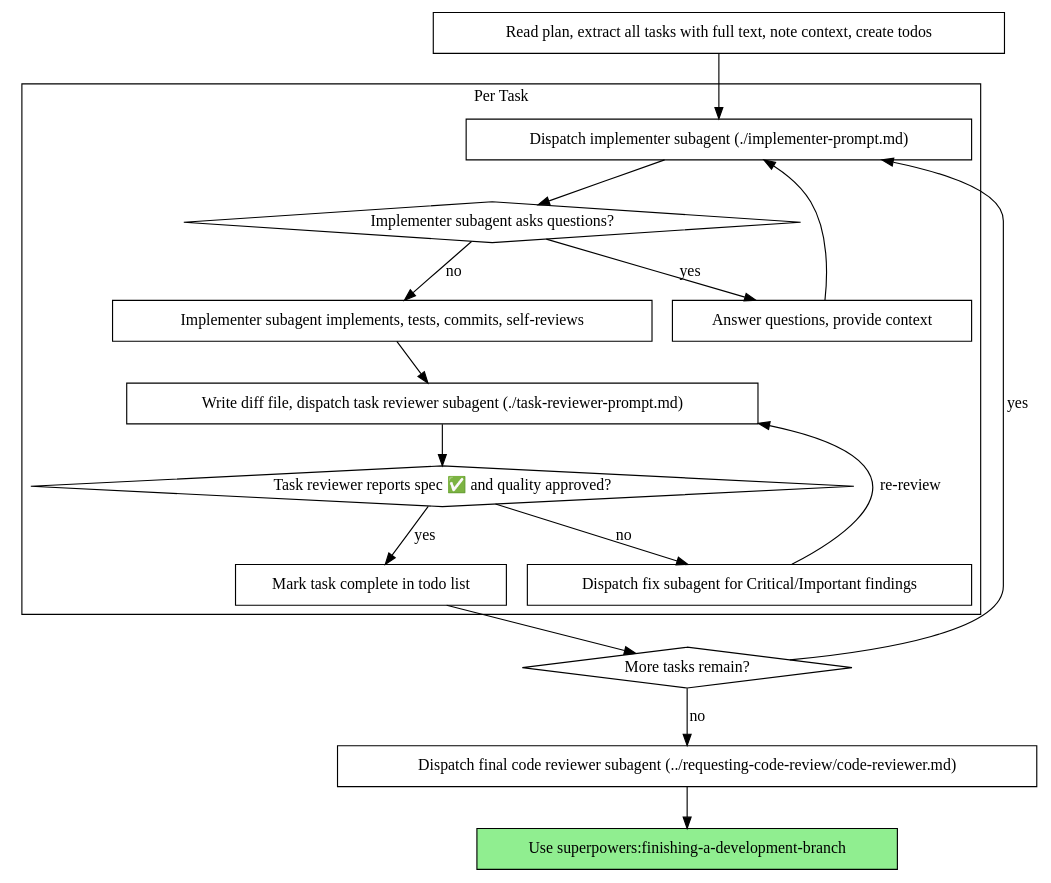
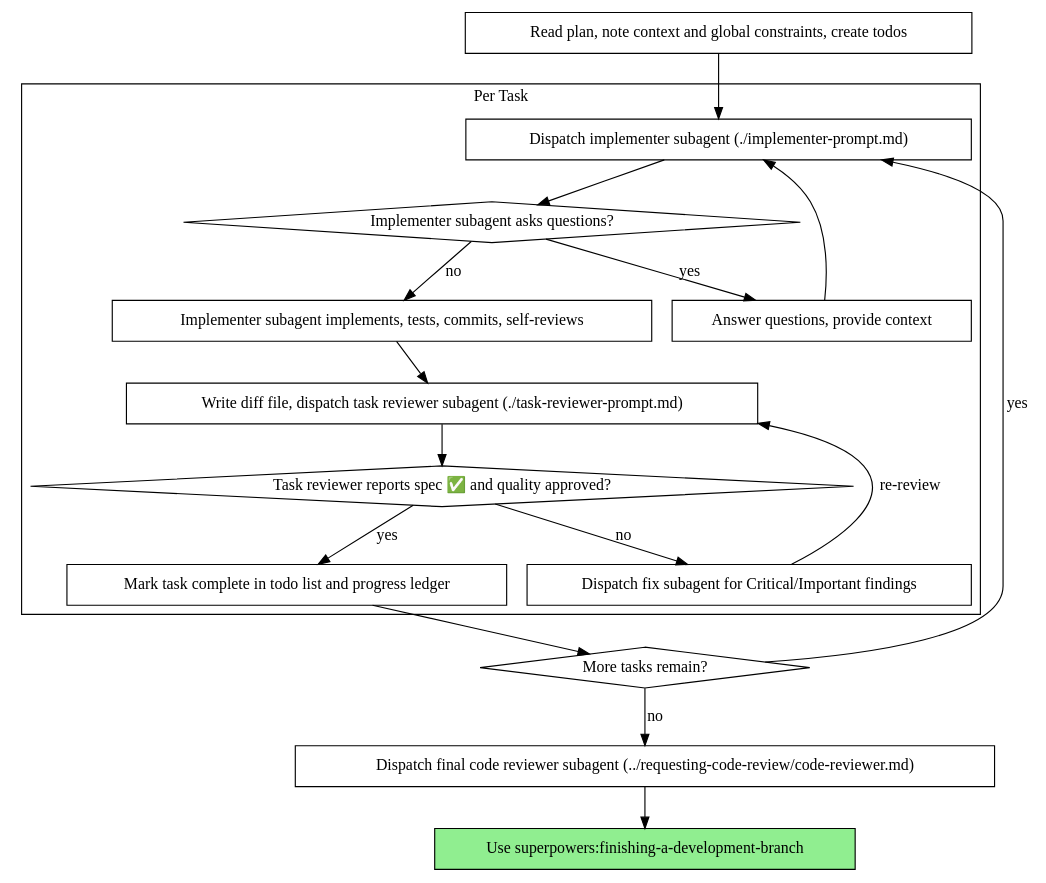
One commit to pickleshell/next-level-agent changed the second of 2 diagrams in skills/subagent-driven-development/SKILL.md. Above: the diagram before and after it, drawn with Graphviz. The commit also changed other lines of this file and 3 other files, not shown here.

First line of the commit message:
Land eval-tuned combo: file handoffs, progress ledger, final-review package, REQUIRED model lines, reviewer risk budget

````diff
--- a/skills/subagent-driven-development/SKILL.md
+++ b/skills/subagent-driven-development/SKILL.md
@@ -44,37 +44,37 @@
 ```dot
 digraph process {
     rankdir=TB;
 
     subgraph cluster_per_task {
         label="Per Task";
         "Dispatch implementer subagent (./implementer-prompt.md)" [shape=box];
         "Implementer subagent asks questions?" [shape=diamond];
         "Answer questions, provide context" [shape=box];
         "Implementer subagent implements, tests, commits, self-reviews" [shape=box];
         "Write diff file, dispatch task reviewer subagent (./task-reviewer-prompt.md)" [shape=box];
         "Task reviewer reports spec ✅ and quality approved?" [shape=diamond];
         "Dispatch fix subagent for Critical/Important findings" [shape=box];
-        "Mark task complete in todo list" [shape=box];
+        "Mark task complete in todo list and progress ledger" [shape=box];
     }
 
-    "Read plan, extract all tasks with full text, note context, create todos" [shape=box];
+    "Read plan, note context and global constraints, create todos" [shape=box];
     "More tasks remain?" [shape=diamond];
     "Dispatch final code reviewer subagent (../requesting-code-review/code-reviewer.md)" [shape=box];
     "Use superpowers:finishing-a-development-branch" [shape=box style=filled fillcolor=lightgreen];
 
-    "Read plan, extract all tasks with full text, note context, create todos" -> "Dispatch implementer subagent (./implementer-prompt.md)";
+    "Read plan, note context and global constraints, create todos" -> "Dispatch implementer subagent (./implementer-prompt.md)";
     "Dispatch implementer subagent (./implementer-prompt.md)" -> "Implementer subagent asks questions?";
     "Implementer subagent asks questions?" -> "Answer questions, provide context" [label="yes"];
     "Answer questions, provide context" -> "Dispatch implementer subagent (./implementer-prompt.md)";
     "Implementer subagent asks questions?" -> "Implementer subagent implements, tests, commits, self-reviews" [label="no"];
     "Implementer subagent implements, tests, commits, self-reviews" -> "Write diff file, dispatch task reviewer subagent (./task-reviewer-prompt.md)";
     "Write diff file, dispatch task reviewer subagent (./task-reviewer-prompt.md)" -> "Task reviewer reports spec ✅ and quality approved?";
     "Task reviewer reports spec ✅ and quality approved?" -> "Dispatch fix subagent for Critical/Important findings" [label="no"];
     "Dispatch fix subagent for Critical/Important findings" -> "Write diff file, dispatch task reviewer subagent (./task-reviewer-prompt.md)" [label="re-review"];
-    "Task reviewer reports spec ✅ and quality approved?" -> "Mark task complete in todo list" [label="yes"];
-    "Mark task complete in todo list" -> "More tasks remain?";
+    "Task reviewer reports spec ✅ and quality approved?" -> "Mark task complete in todo list and progress ledger" [label="yes"];
+    "Mark task complete in todo list and progress ledger" -> "More tasks remain?";
     "More tasks remain?" -> "Dispatch implementer subagent (./implementer-prompt.md)" [label="yes"];
     "More tasks remain?" -> "Dispatch final code reviewer subagent (../requesting-code-review/code-reviewer.md)" [label="no"];
     "Dispatch final code reviewer subagent (../requesting-code-review/code-reviewer.md)" -> "Use superpowers:finishing-a-development-branch";
 }
 ```
````
